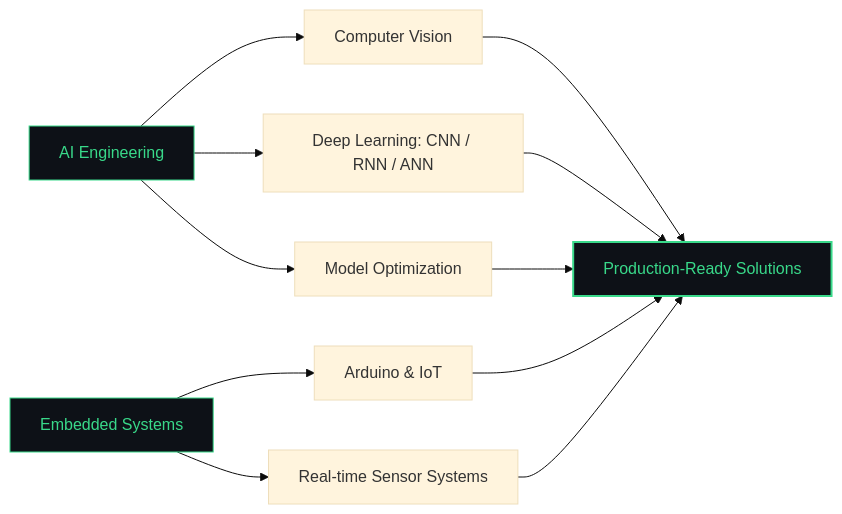
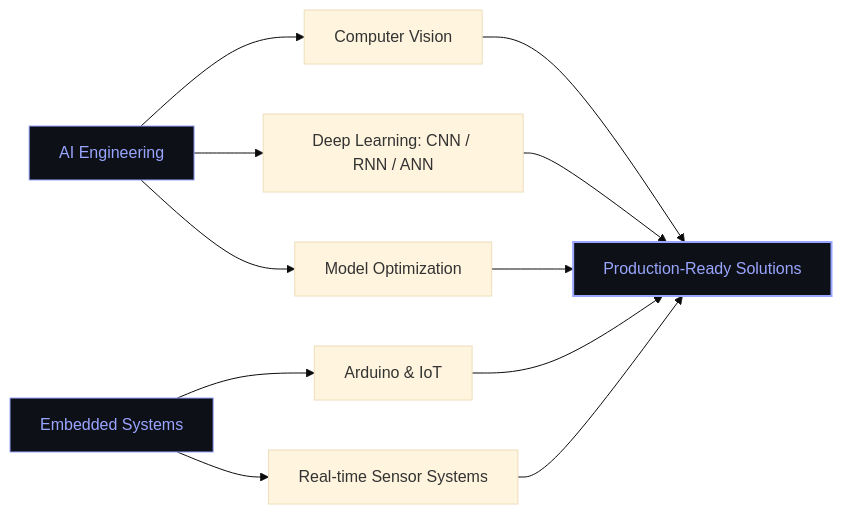
One commit to Omaryone1w1/Omaryone1w1 changed the diagram in README.md. Above: the diagram before and after it, drawn with Mermaid (base theme). The commit also changed other lines of this file, not shown here.

````diff
--- a/README.md
+++ b/README.md
@@ -29,16 +31,16 @@
 ```mermaid
 flowchart LR
     A[AI Engineering] --> B[Computer Vision]
     A --> C[Deep Learning: CNN / RNN / ANN]
     A --> D[Model Optimization]
     E[Embedded Systems] --> F[Arduino & IoT]
     E --> G[Real-time Sensor Systems]
     B --> H[Production-Ready Solutions]
     C --> H
     D --> H
     F --> H
     G --> H
-    style A fill:#0d1117,stroke:#39D98A,color:#39D98A
-    style E fill:#0d1117,stroke:#39D98A,color:#39D98A
-    style H fill:#0d1117,stroke:#39D98A,color:#39D98A,stroke-width:2px
+    style A fill:#0d1117,stroke:#9AA5FF,color:#9AA5FF
+    style E fill:#0d1117,stroke:#9AA5FF,color:#9AA5FF
+    style H fill:#0d1117,stroke:#9AA5FF,color:#9AA5FF,stroke-width:2px
 ```
````
